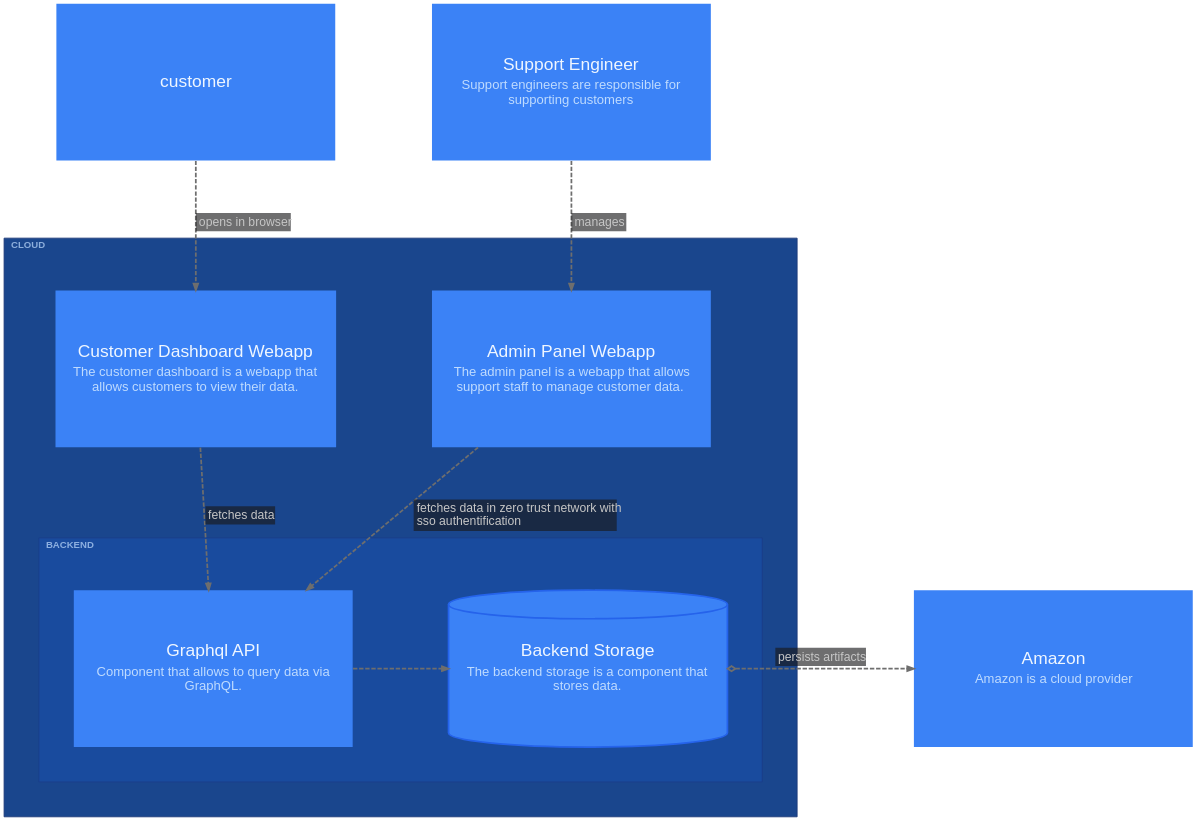
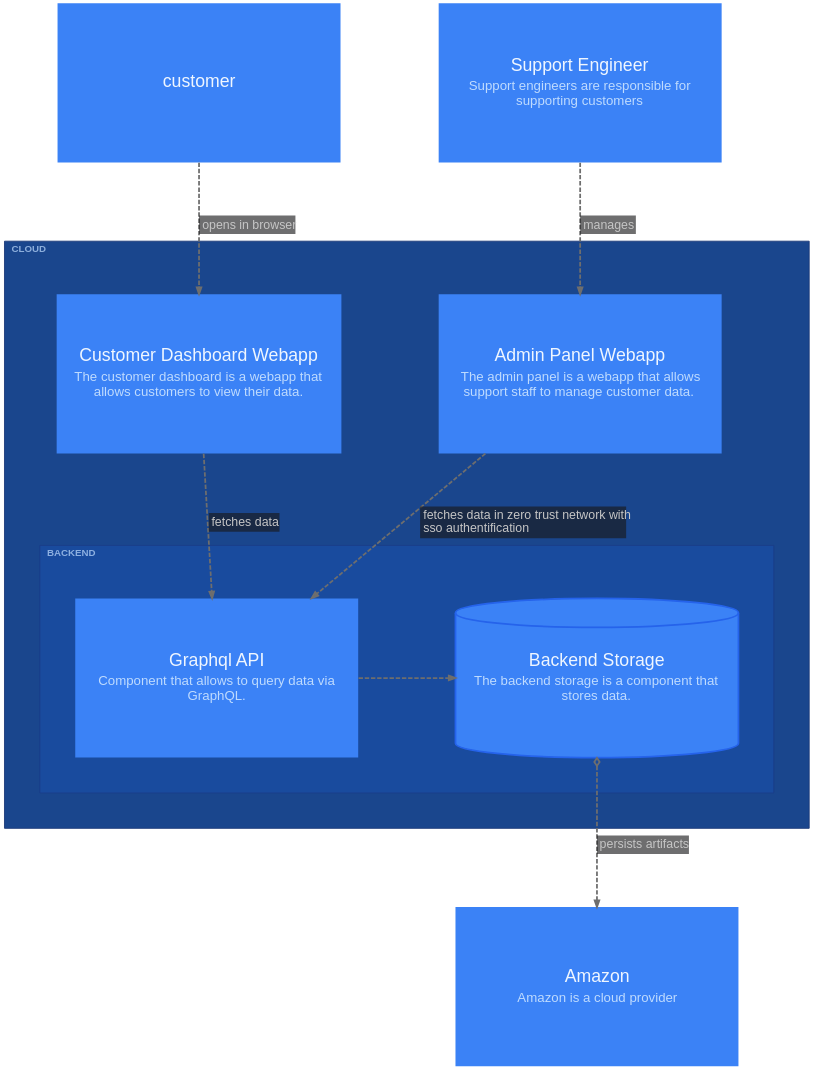
Before and after one commit to likec4/likec4: the diagram in packages/layouts/src/graphviz/__snapshots__/ElementViewPrinter-cloud3levels.dot, drawn with Graphviz. The commit also changed 5 other files, not shown here.

Commit message:
fix: update graphviz snapshots to improve layout and styling consistency

```diff
--- a/packages/layouts/src/graphviz/__snapshots__/ElementViewPrinter-cloud3levels.dot
+++ b/packages/layouts/src/graphviz/__snapshots__/ElementViewPrinter-cloud3levels.dot
@@ -1,163 +1,163 @@
 digraph {
   likec4_viewId = "cloud3levels";
   bgcolor = "transparent";
   layout = "dot";
   compound = true;
   rankdir = "TB";
   TBbalance = "min";
   splines = "spline";
   outputorder = "nodesfirst";
+  ordering = "in";
   nodesep = 1.528;
   ranksep = 1.667;
   pad = 0.209;
   fontname = "Arial";
   graph [
-    fontsize = 15;
+    fontsize = 20;
     labeljust = "l";
     labelloc = "t";
     margin = 50.1;
   ];
   edge [
     arrowsize = 0.75;
     fontname = "Arial";
     fontsize = 14;
     penwidth = 2;
     color = "#6E6E6E";
     fontcolor = "#C6C6C6";
   ];
   node [
     fontname = "Arial";
     shape = "rect";
     fillcolor = "#3b82f6";
     fontcolor = "#eff6ff";
     color = "#2563eb";
     style = "filled";
     penwidth = 0;
   ];
   "customer" [
     likec4_id = "customer";
     likec4_level = 0;
     label = <<FONT POINT-SIZE="20">customer</FONT>>;
     margin = "0.223,0.223";
     width = 4.445;
     height = 2.5;
   ];
   "support" [
     likec4_id = "support";
     likec4_level = 0;
     label = <<TABLE BORDER="0" CELLPADDING="0" CELLSPACING="4"><TR><TD><FONT POINT-SIZE="20">Support Engineer</FONT></TD></TR><TR><TD><FONT POINT-SIZE="15" COLOR="#bfdbfe">Support engineers are responsible for<BR/>supporting customers</FONT></TD></TR></TABLE>>;
     margin = "0.223,0.223";
     width = 4.445;
     height = 2.5;
   ];
   "dashboard" [
     likec4_id = "cloud.frontend.dashboard";
     likec4_level = 1;
     label = <<TABLE BORDER="0" CELLPADDING="0" CELLSPACING="4"><TR><TD><FONT POINT-SIZE="20">Customer Dashboard Webapp</FONT></TD></TR><TR><TD><FONT POINT-SIZE="15" COLOR="#bfdbfe">The customer dashboard is a webapp that<BR/>allows customers to view their data.</FONT></TD></TR></TABLE>>;
     margin = "0.223,0.223";
     width = 4.445;
     height = 2.5;
     group = "cloud";
   ];
   "adminpanel" [
     likec4_id = "cloud.frontend.adminPanel";
     likec4_level = 1;
     label = <<TABLE BORDER="0" CELLPADDING="0" CELLSPACING="4"><TR><TD><FONT POINT-SIZE="20">Admin Panel Webapp</FONT></TD></TR><TR><TD><FONT POINT-SIZE="15" COLOR="#bfdbfe">The admin panel is a webapp that allows<BR/>support staff to manage customer data.</FONT></TD></TR></TABLE>>;
     margin = "0.223,0.223";
     width = 4.445;
     height = 2.5;
     group = "cloud";
   ];
   "graphql" [
     likec4_id = "cloud.backend.graphql";
     likec4_level = 2;
     label = <<TABLE BORDER="0" CELLPADDING="0" CELLSPACING="4"><TR><TD><FONT POINT-SIZE="20">Graphql API</FONT></TD></TR><TR><TD><FONT POINT-SIZE="15" COLOR="#bfdbfe">Component that allows to query data via<BR/>GraphQL.</FONT></TD></TR></TABLE>>;
     margin = "0.223,0.223";
     width = 4.445;
     height = 2.5;
     group = "cloud";
   ];
   "storage" [
     likec4_id = "cloud.backend.storage";
     likec4_level = 2;
     label = <<TABLE BORDER="0" CELLPADDING="0" CELLSPACING="4"><TR><TD><FONT POINT-SIZE="20">Backend Storage</FONT></TD></TR><TR><TD><FONT POINT-SIZE="15" COLOR="#bfdbfe">The backend storage is a component that<BR/>stores data.</FONT></TD></TR></TABLE>>;
     margin = "0.223,0";
     width = 4.445;
     height = 2.5;
     penwidth = 2;
     shape = "cylinder";
     group = "cloud";
   ];
   "amazon" [
     likec4_id = "amazon";
     likec4_level = 0;
     label = <<TABLE BORDER="0" CELLPADDING="0" CELLSPACING="4"><TR><TD><FONT POINT-SIZE="20">Amazon</FONT></TD></TR><TR><TD><FONT POINT-SIZE="15" COLOR="#bfdbfe">Amazon is a cloud provider</FONT></TD></TR></TABLE>>;
     margin = "0.223,0.223";
     width = 4.445;
     height = 2.5;
   ];
   subgraph "cluster_cloud" {
     likec4_id = "cloud";
     likec4_level = 0;
     likec4_depth = 2;
     fillcolor = "#1a468d";
     color = "#1c3979";
     style = "filled";
     margin = 40;
     label = <<FONT POINT-SIZE="11" COLOR="#bfdbfeb3"><B>CLOUD</B></FONT>>;
     "dashboard";
     "adminpanel";
     subgraph "cluster_backend" {
       likec4_id = "cloud.backend";
       likec4_level = 1;
       likec4_depth = 1;
       fillcolor = "#194b9e";
       color = "#1b3d88";
       style = "filled";
       margin = 40;
       label = <<FONT POINT-SIZE="11" COLOR="#bfdbfeb3"><B>BACKEND</B></FONT>>;
       "graphql";
       "storage";
     }
   }
   "customer" -> "dashboard" [
     likec4_id = "customer:cloud.frontend.dashboard";
     style = "dashed";
     label = <<TABLE BORDER="0" CELLPADDING="3" CELLSPACING="0" BGCOLOR="#18191bA0"><TR><TD ALIGN="TEXT" BALIGN="LEFT"><FONT POINT-SIZE="14">opens in browser</FONT></TD></TR></TABLE>>;
     arrowhead = "normal";
   ];
   "support" -> "adminpanel" [
     likec4_id = "support:cloud.frontend.adminPanel";
     style = "dashed";
     label = <<TABLE BORDER="0" CELLPADDING="3" CELLSPACING="0" BGCOLOR="#18191bA0"><TR><TD ALIGN="TEXT" BALIGN="LEFT"><FONT POINT-SIZE="14">manages</FONT></TD></TR></TABLE>>;
     arrowhead = "normal";
   ];
   "adminpanel" -> "graphql" [
     likec4_id = "cloud.frontend.adminPanel:cloud.backend.graphql";
     style = "dashed";
     label = <<TABLE BORDER="0" CELLPADDING="3" CELLSPACING="0" BGCOLOR="#18191bA0"><TR><TD ALIGN="TEXT" BALIGN="LEFT"><FONT POINT-SIZE="14">fetches data in zero trust network with<BR/>sso authentification</FONT></TD></TR></TABLE>>;
     arrowhead = "normal";
   ];
   "dashboard" -> "graphql" [
     likec4_id = "cloud.frontend.dashboard:cloud.backend.graphql";
     style = "dashed";
     label = <<TABLE BORDER="0" CELLPADDING="3" CELLSPACING="0" BGCOLOR="#18191bA0"><TR><TD ALIGN="TEXT" BALIGN="LEFT"><FONT POINT-SIZE="14">fetches data</FONT></TD></TR></TABLE>>;
     arrowhead = "normal";
   ];
   "storage" -> "amazon" [
     likec4_id = "cloud.backend.storage:amazon";
     style = "dashed";
     label = <<TABLE BORDER="0" CELLPADDING="3" CELLSPACING="0" BGCOLOR="#18191bA0"><TR><TD ALIGN="TEXT" BALIGN="LEFT"><FONT POINT-SIZE="14">persists artifacts</FONT></TD></TR></TABLE>>;
     arrowhead = "normal";
     arrowtail = "odiamond";
     dir = "both";
-    minlen = 0;
   ];
   "graphql" -> "storage" [
     likec4_id = "cloud.backend.graphql:cloud.backend.storage";
     style = "dashed";
     weight = 3;
     arrowhead = "normal";
     minlen = 0;
   ];
 }
```
